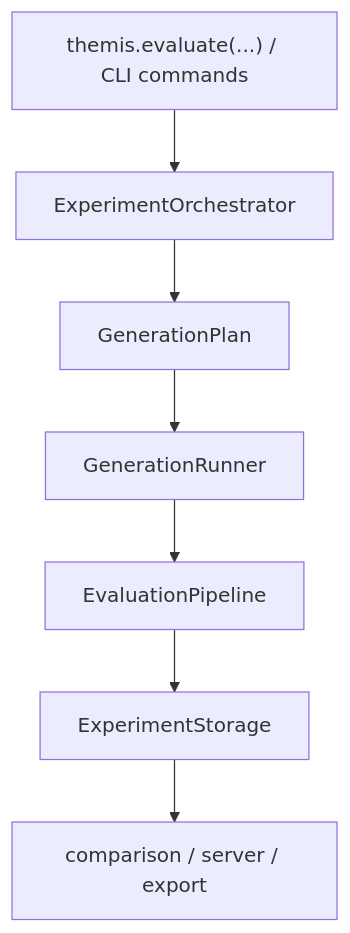
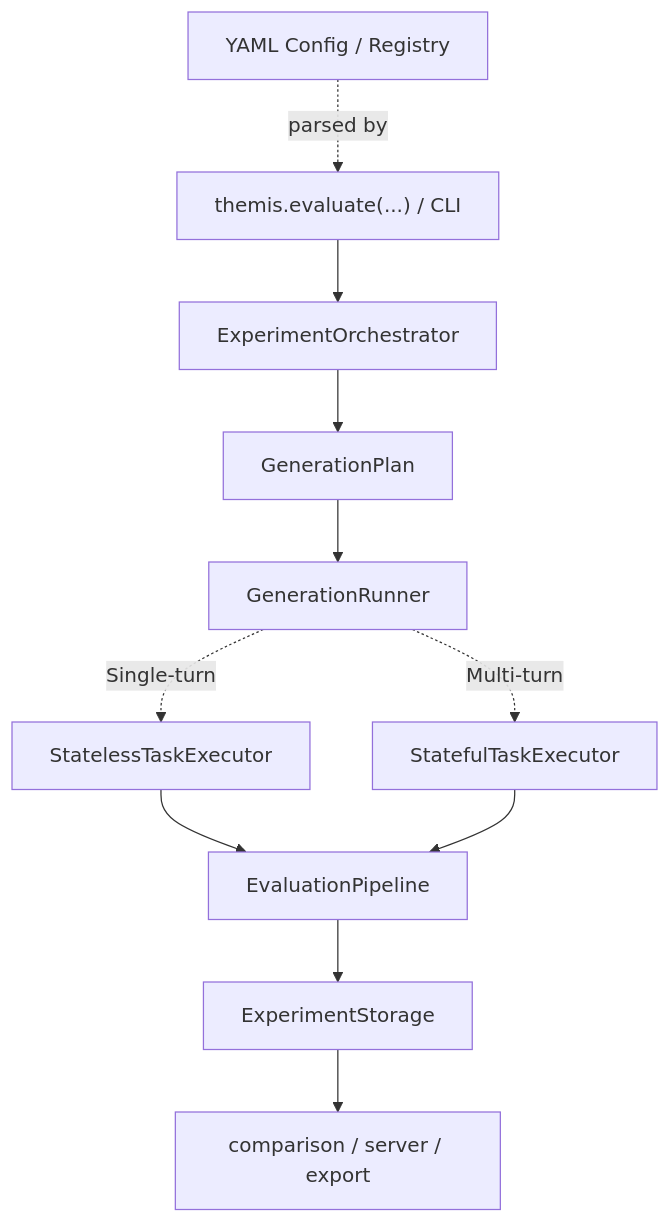
Before and after one commit to Pittawat2542/themis: the first of 2 diagrams in docs/ARCHITECTURE.md, drawn with Mermaid. The commit also changed other lines of this file and 3 other files, not shown here.

````diff
--- a/docs/ARCHITECTURE.md
+++ b/docs/ARCHITECTURE.md
@@ -9,9 +10,13 @@
 ```mermaid
 flowchart TD
-    A["themis.evaluate(...) / CLI commands"] --> B["ExperimentOrchestrator"]
+    Config["YAML Config / Registry"] -.-> |parsed by| A
+    A["themis.evaluate(...) / CLI"] --> B["ExperimentOrchestrator"]
     B --> C["GenerationPlan"]
     C --> D["GenerationRunner"]
-    D --> E["EvaluationPipeline"]
+    D -.-> |Single-turn| SE["StatelessTaskExecutor"]
+    D -.-> |Multi-turn| ME["StatefulTaskExecutor"]
+    SE --> E["EvaluationPipeline"]
+    ME --> E
     E --> F["ExperimentStorage"]
     F --> G["comparison / server / export"]
 ```
````
